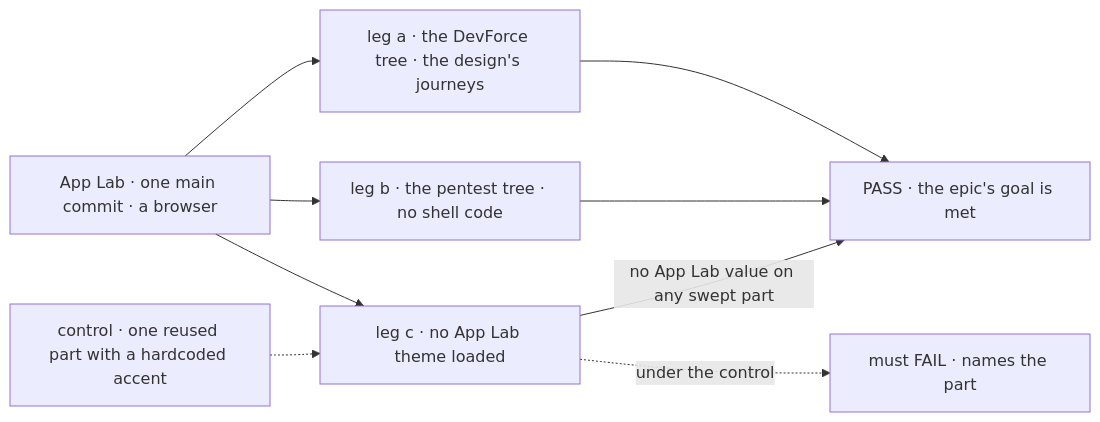
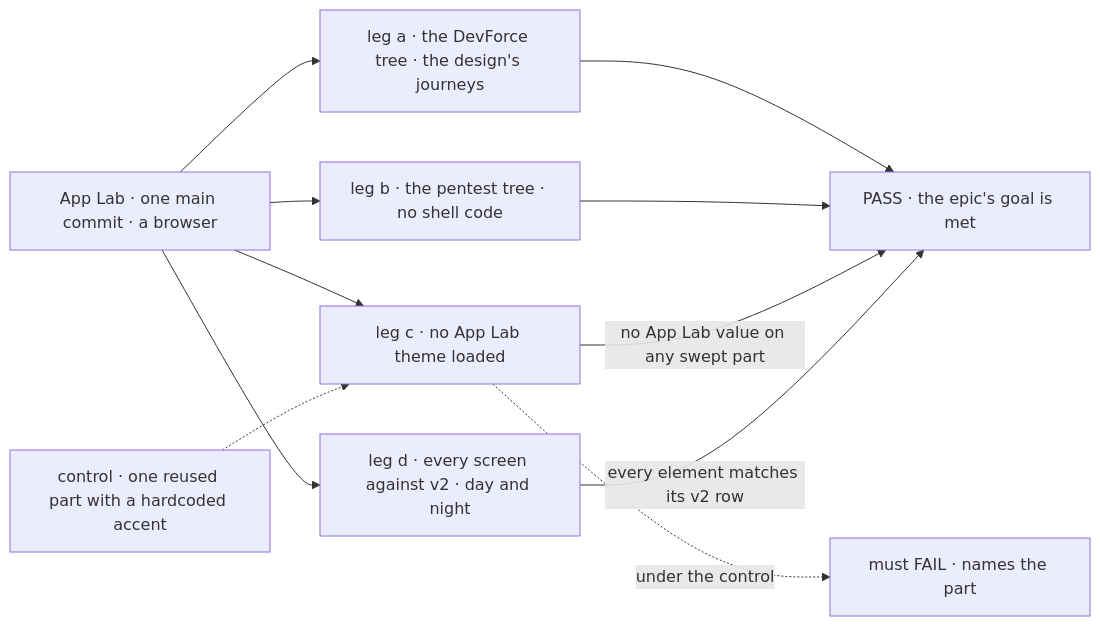
One commit to fixpoint-labs/flow-state-dev changed the first of 2 diagrams in specs/epics/FIX-1649/SPEC.md. Above: the diagram before and after it, drawn with Mermaid. The commit also changed other lines of this file and 17 other files, not shown here.

````diff
--- a/specs/epics/FIX-1649/SPEC.md
+++ b/specs/epics/FIX-1649/SPEC.md
@@ -47,11 +57,13 @@
 ```mermaid
 flowchart LR
   A["App Lab · one main commit · a browser"] --> L1["leg a · the DevForce tree · the design's journeys"]
   A --> L2["leg b · the pentest tree · no shell code"]
   A --> L3["leg c · no App Lab theme loaded"]
+  A --> L4["leg d · every screen against v2 · day and night"]
   L1 --> P["PASS · the epic's goal is met"]
   L2 --> P
   L3 -->|"no App Lab value on any swept part"| P
+  L4 -->|"every element matches its v2 row"| P
   C["control · one reused part with a hardcoded accent"] -.-> L3
   L3 -.->|"under the control"| F["must FAIL · names the part"]
 ```
````
